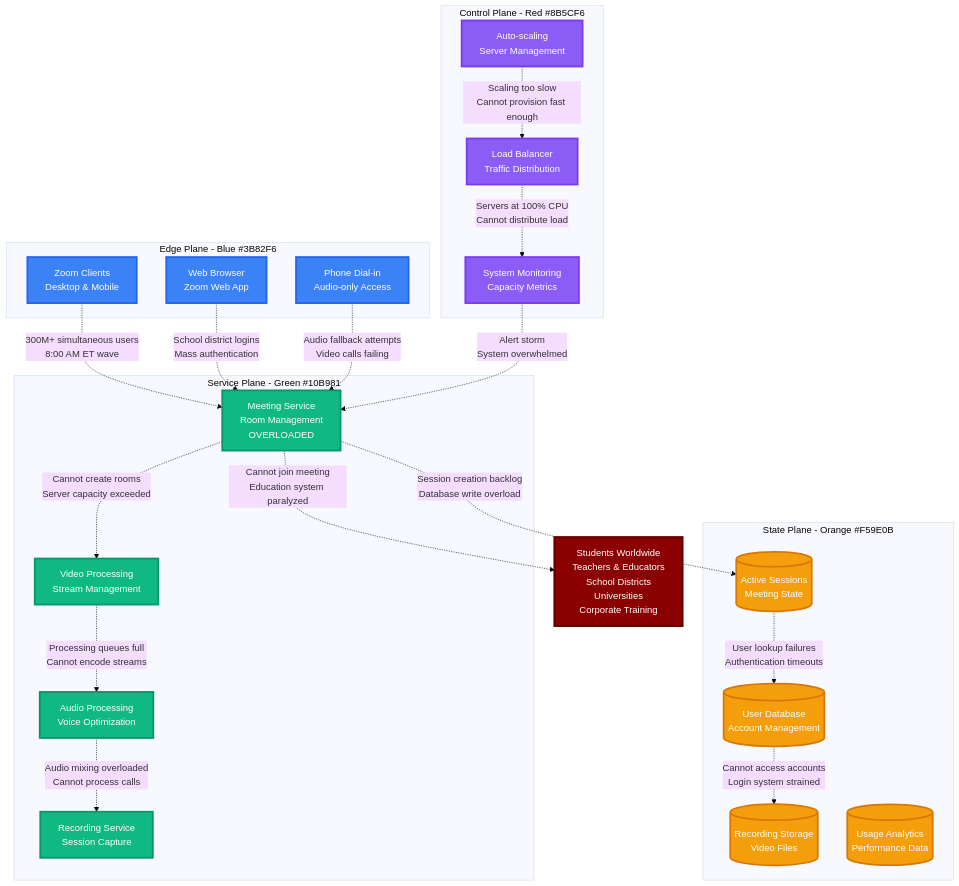
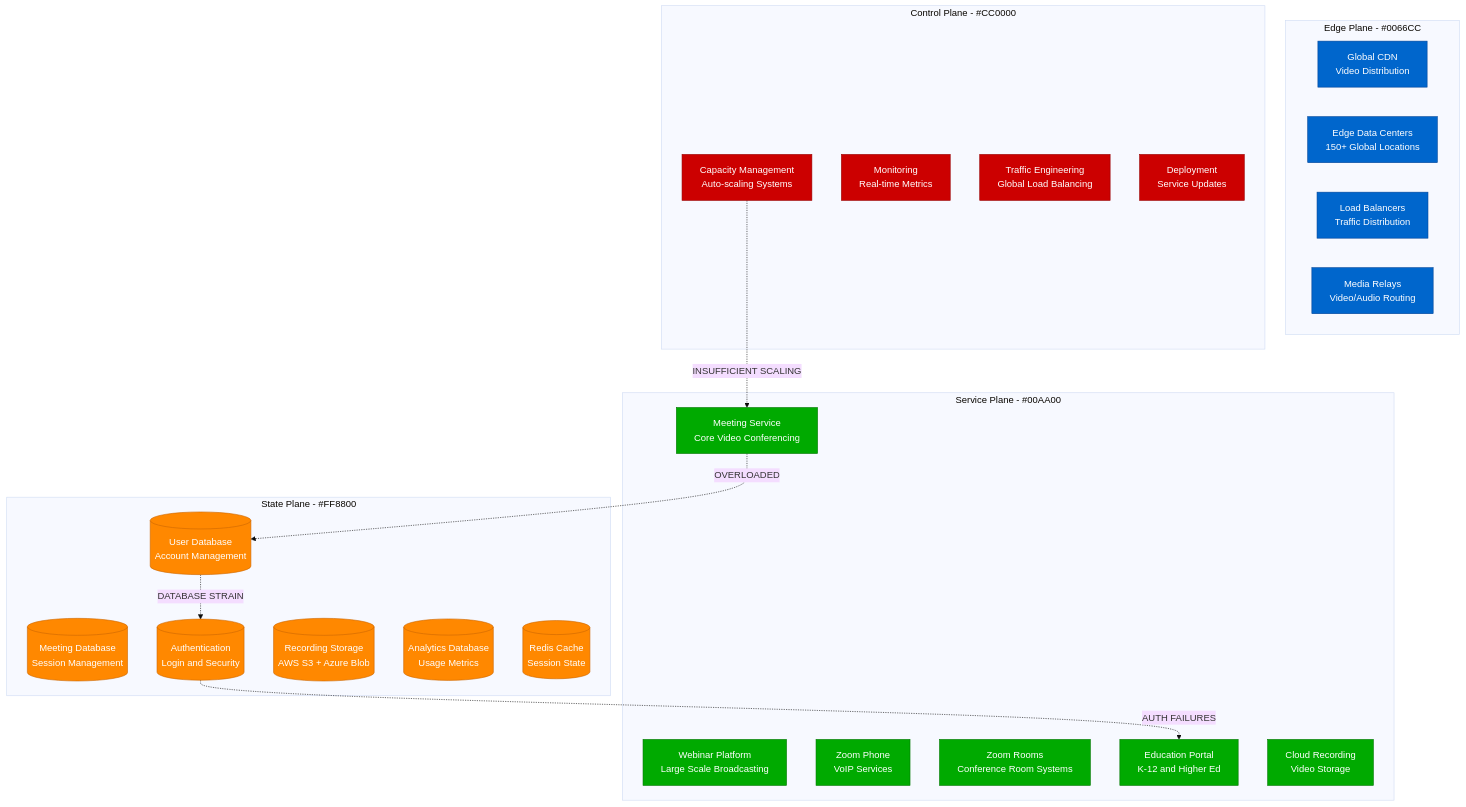
One commit to deepaucksharma/DS changed the first of 2 diagrams in site/docs/incidents/zoom-august-2020.md. Above: the diagram before and after it, drawn with Mermaid (base theme). The commit also changed other lines of this file and 265 other files, not shown here.

````diff
--- a/site/docs/incidents/zoom-august-2020.md
+++ b/site/docs/incidents/zoom-august-2020.md
@@ -21,64 +88,51 @@
 ```mermaid
 graph TB
-    subgraph Edge_Plane___Blue__3B82F6[Edge Plane - Blue #3B82F6]
-        CLIENT[Zoom Clients<br/>Desktop & Mobile]
-        WEB[Web Browser<br/>Zoom Web App]
-        PHONE[Phone Dial-in<br/>Audio-only Access]
+    subgraph EdgePlane[Edge Plane - #0066CC]
+        CDN[Global CDN<br/>Video Distribution]
+        EDGE[Edge Data Centers<br/>150+ Global Locations]
+        LB[Load Balancers<br/>Traffic Distribution]
+        RELAY[Media Relays<br/>Video/Audio Routing]
     end
 
-    subgraph Service_Plane___Green__10B981[Service Plane - Green #10B981]
-        MEETINGS[Meeting Service<br/>Room Management<br/>OVERLOADED]
-        VIDEO[Video Processing<br/>Stream Management]
-        AUDIO[Audio Processing<br/>Voice Optimization]
-        RECORDING[Recording Service<br/>Session Capture]
+    subgraph ServicePlane[Service Plane - #00AA00]
+        MEETING[Meeting Service<br/>Core Video Conferencing]
+        WEBINAR[Webinar Platform<br/>Large Scale Broadcasting]
+        PHONE[Zoom Phone<br/>VoIP Services]
+        ROOMS[Zoom Rooms<br/>Conference Room Systems]
+        EDUCATION[Education Portal<br/>K-12 and Higher Ed]
+        RECORDING[Cloud Recording<br/>Video Storage]
     end
 
-    subgraph State_Plane___Orange__F59E0B[State Plane - Orange #F59E0B]
-        SESSIONS[(Active Sessions<br/>Meeting State)]
-        USERS[(User Database<br/>Account Management)]
-        RECORDINGS[(Recording Storage<br/>Video Files)]
-        ANALYTICS[(Usage Analytics<br/>Performance Data)]
+    subgraph StatePlane[State Plane - #FF8800]
+        USERDB[(User Database<br/>Account Management)]
+        MEETINGDB[(Meeting Database<br/>Session Management)]
+        AUTHDB[(Authentication<br/>Login and Security)]
+        RECORDINGSTORE[(Recording Storage<br/>AWS S3 + Azure Blob)]
+        ANALYTICS[(Analytics Database<br/>Usage Metrics)]
+        CACHE[(Redis Cache<br/>Session State)]
     end
 
-    subgraph Control_Plane___Red__8B5CF6[Control Plane - Red #8B5CF6]
-        MONITORING[System Monitoring<br/>Capacity Metrics]
-        AUTOSCALE[Auto-scaling<br/>Server Management]
-        LOADBALANCE[Load Balancer<br/>Traffic Distribution]
+    subgraph ControlPlane[Control Plane - #CC0000]
+        CAPACITY[Capacity Management<br/>Auto-scaling Systems]
+        MONITOR[Monitoring<br/>Real-time Metrics]
+        TRAFFIC[Traffic Engineering<br/>Global Load Balancing]
+        DEPLOY[Deployment<br/>Service Updates]
     end
 
-    %% Back-to-school traffic surge
-    CLIENT -.->|300M+ simultaneous users<br/>8:00 AM ET wave| MEETINGS
-    WEB -.->|School district logins<br/>Mass authentication| MEETINGS
-    PHONE -.->|Audio fallback attempts<br/>Video calls failing| MEETINGS
-
-    %% Capacity exhaustion
-    MEETINGS -.->|Cannot create rooms<br/>Server capacity exceeded| VIDEO
-    VIDEO -.->|Processing queues full<br/>Cannot encode streams| AUDIO
-    AUDIO -.->|Audio mixing overloaded<br/>Cannot process calls| RECORDING
-
-    %% Database pressure
-    MEETINGS -.->|Session creation backlog<br/>Database write overload| SESSIONS
-    SESSIONS -.->|User lookup failures<br/>Authentication timeouts| USERS
-    USERS -.->|Cannot access accounts<br/>Login system strained| RECORDINGS
-
-    %% Infrastructure limits
-    AUTOSCALE -.->|Scaling too slow<br/>Cannot provision fast enough| LOADBALANCE
-    LOADBALANCE -.->|Servers at 100% CPU<br/>Cannot distribute load| MONITORING
-    MONITORING -.->|Alert storm<br/>System overwhelmed| MEETINGS
-
-    %% Educational impact
-    MEETINGS -.->|"Cannot join meeting"<br/>Education system paralyzed| EDUCATION[Students Worldwide<br/>Teachers & Educators<br/>School Districts<br/>Universities<br/>Corporate Training]
+    %% Critical failure - capacity overload
+    CAPACITY -.->|INSUFFICIENT SCALING| MEETING
+    MEETING -.->|OVERLOADED| USERDB
+    USERDB -.->|DATABASE STRAIN| AUTHDB
+    AUTHDB -.->|AUTH FAILURES| EDUCATION
 
     %% Apply four-plane colors
-    classDef edgeStyle fill:#3B82F6,stroke:#2563EB,color:#fff,stroke-width:3px
-    classDef serviceStyle fill:#10B981,stroke:#059669,color:#fff,stroke-width:3px
-    classDef stateStyle fill:#F59E0B,stroke:#D97706,color:#fff,stroke-width:3px
-    classDef controlStyle fill:#8B5CF6,stroke:#7C3AED,color:#fff,stroke-width:3px
-    classDef impactStyle fill:#8B0000,stroke:#660000,color:#fff,stroke-width:4px
+    classDef edgeStyle fill:#0066CC,stroke:#004499,color:#fff
+    classDef serviceStyle fill:#00AA00,stroke:#007700,color:#fff
+    classDef stateStyle fill:#FF8800,stroke:#CC6600,color:#fff
+    classDef controlStyle fill:#CC0000,stroke:#990000,color:#fff
 
-    class CLIENT,WEB,PHONE edgeStyle
-    class MEETINGS,VIDEO,AUDIO,RECORDING serviceStyle
-    class SESSIONS,USERS,RECORDINGS,ANALYTICS stateStyle
-    class MONITORING,AUTOSCALE,LOADBALANCE controlStyle
-    class EDUCATION impactStyle
+    class CDN,EDGE,LB,RELAY edgeStyle
+    class MEETING,WEBINAR,PHONE,ROOMS,EDUCATION,RECORDING serviceStyle
+    class USERDB,MEETINGDB,AUTHDB,RECORDINGSTORE,ANALYTICS,CACHE stateStyle
+    class CAPACITY,MONITOR,TRAFFIC,DEPLOY controlStyle
 ```
````
